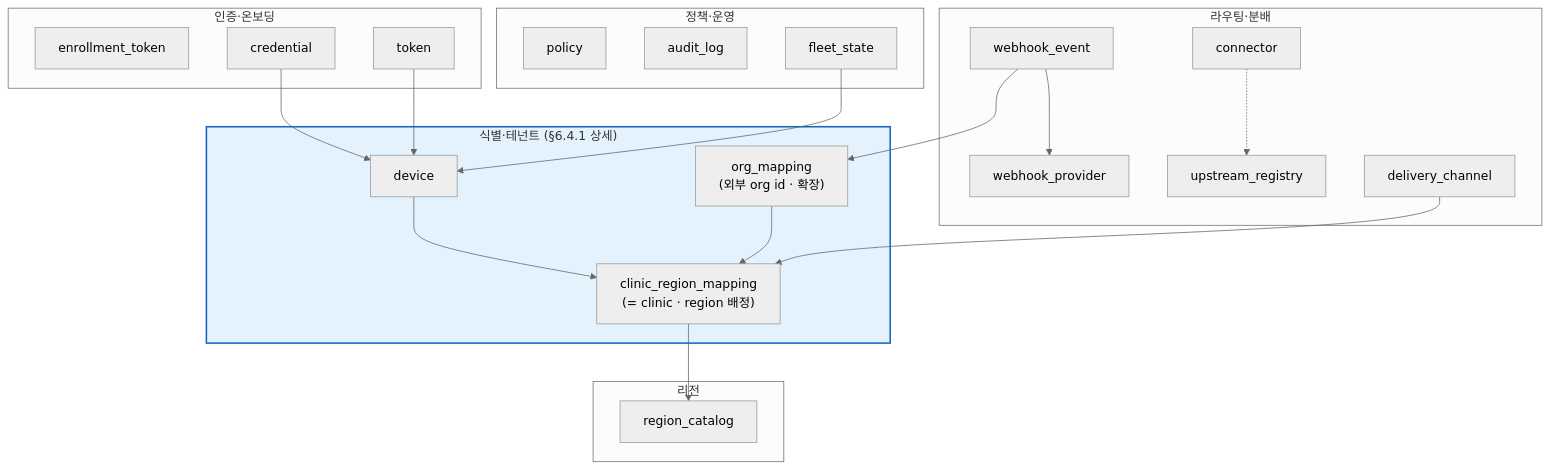
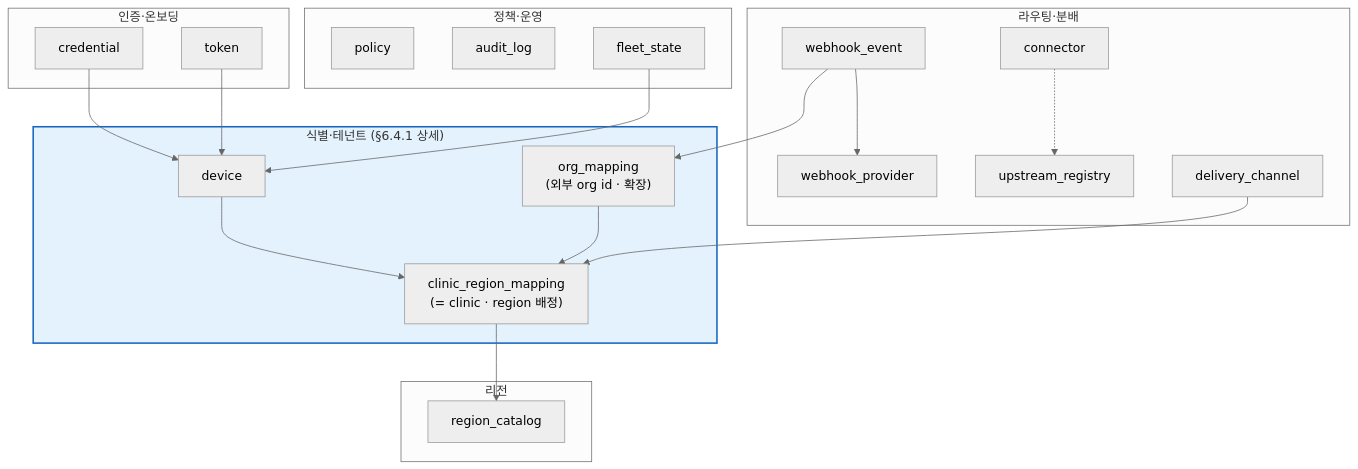
One commit to gracegyu/scp-architecture changed diagram 17 of 17 in docs/VT_API_Gateway/08.VT_API_Gateway/specs/03-srs-gateway/SRS.md. Above: the diagram before and after it, drawn with Mermaid (neutral theme). The commit also changed other lines of this file and 8 other files, not shown here.

Commit message:
문서 업데이트: VT API Gateway의 SRS 문서에서 enrollment 프로세스를 LM 라이선스 및 Clinic-ID 기반으로 변경하고, C/S 승인 절차를 추가하여 디바이스 활성화 흐름을 명확히 하였습니다. 또한, 관련 DBML 및 OpenAPI 문서에서 enrollment_token 테이블을 제거하고, 새로운 상태 관리 및 승인 절차를 반영하여 시스템의 일관성을 강화하였습니다.

````diff
--- a/docs/VT_API_Gateway/08.VT_API_Gateway/specs/03-srs-gateway/SRS.md
+++ b/docs/VT_API_Gateway/08.VT_API_Gateway/specs/03-srs-gateway/SRS.md
@@ -1238,40 +1245,39 @@
 ```mermaid
 flowchart TB
     subgraph ID["식별·테넌트 (§6.4.1 상세)"]
         DEV[device]
         CLI["clinic_region_mapping<br/>(= clinic · region 배정)"]
         ORG["org_mapping<br/>(외부 org id · 확장)"]
     end
     subgraph RGN["리전"]
         RC[region_catalog]
     end
     subgraph AUTH["인증·온보딩"]
-        ENR[enrollment_token]
         CRED[credential]
         TOK[token]
     end
     subgraph DISP["라우팅·분배"]
         UPS[upstream_registry]
         WP[webhook_provider]
         WE[webhook_event]
         DC[delivery_channel]
         CONN[connector]
     end
     subgraph OPS["정책·운영"]
         POL[policy]
         AUD[audit_log]
         FLEET[fleet_state]
     end
 
     DEV --> CLI
     ORG --> CLI
     CLI --> RC
     DC --> CLI
     WE --> ORG
     WE --> WP
     CRED --> DEV
     TOK --> DEV
     FLEET --> DEV
     CONN -.-> UPS
     style ID fill:#e3f2fd,stroke:#1565c0,stroke-width:2px
 ```
````
